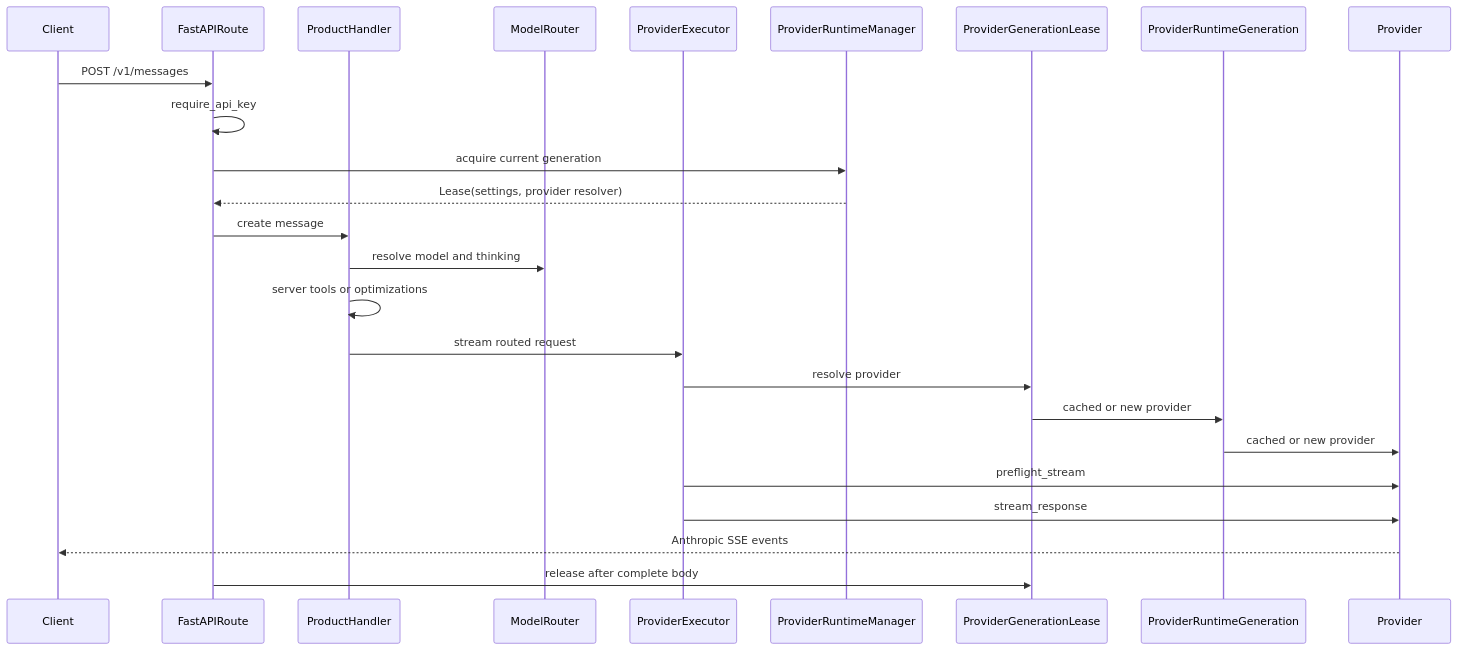
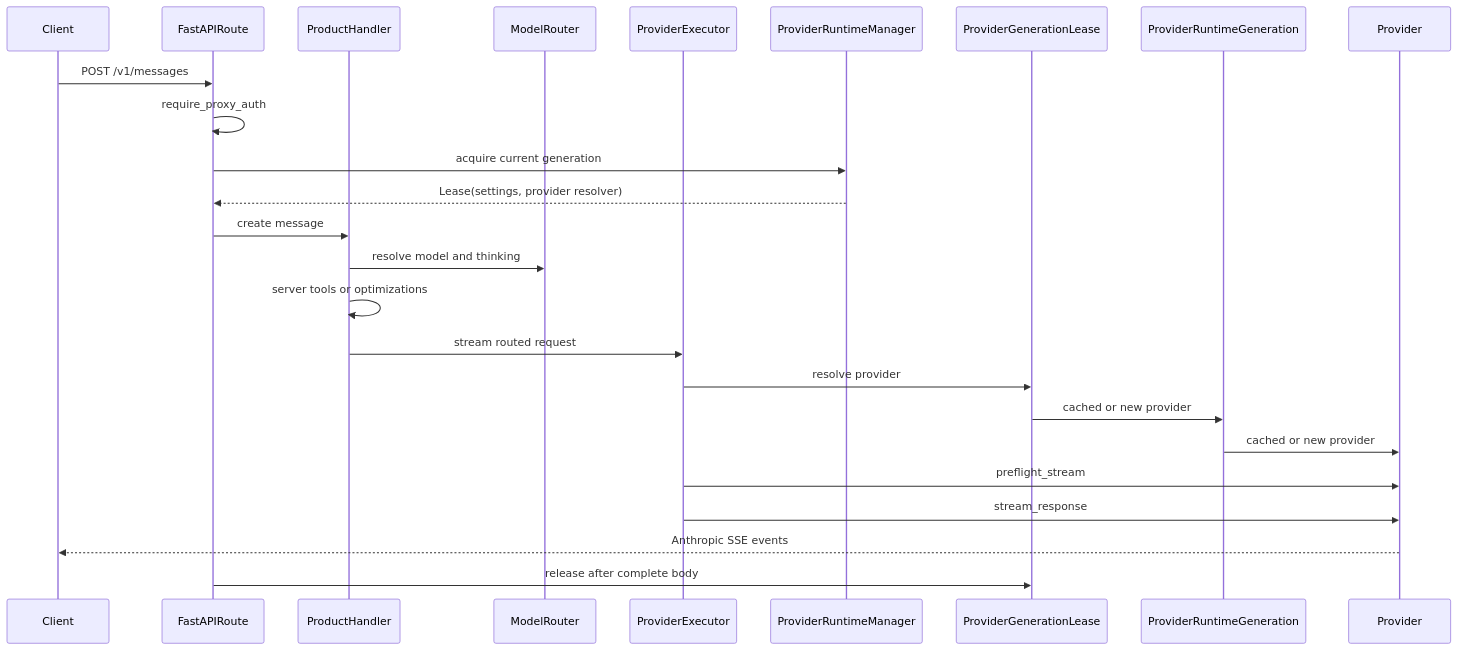
One commit to shinmentakezo07/shin07 changed the second of 3 diagrams in ARCHITECTURE.md. Above: the diagram before and after it, drawn with Mermaid. The commit also changed other lines of this file and 23 other files, not shown here.

````diff
--- a/ARCHITECTURE.md
+++ b/ARCHITECTURE.md
@@ -418,28 +419,28 @@
 ```mermaid
 sequenceDiagram
     participant Client
     participant Route as FastAPIRoute
     participant Handler as ProductHandler
     participant Router as ModelRouter
     participant Exec as ProviderExecutor
     participant Manager as ProviderRuntimeManager
     participant Lease as ProviderGenerationLease
     participant Runtime as ProviderRuntimeGeneration
     participant Provider
 
     Client->>Route: POST /v1/messages
-    Route->>Route: require_api_key
+    Route->>Route: require_proxy_auth
     Route->>Manager: acquire current generation
     Manager-->>Route: Lease(settings, provider resolver)
     Route->>Handler: create message
     Handler->>Router: resolve model and thinking
     Handler->>Handler: server tools or optimizations
     Handler->>Exec: stream routed request
     Exec->>Lease: resolve provider
     Lease->>Runtime: cached or new provider
     Runtime->>Provider: cached or new provider
     Exec->>Provider: preflight_stream
     Exec->>Provider: stream_response
     Provider-->>Client: Anthropic SSE events
     Route->>Lease: release after complete body
 ```
````
